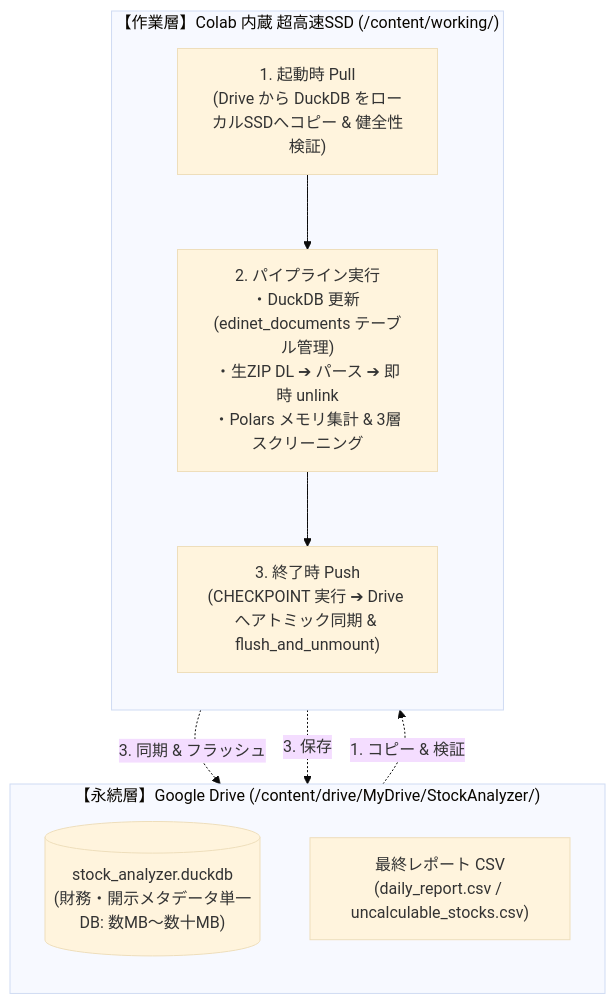
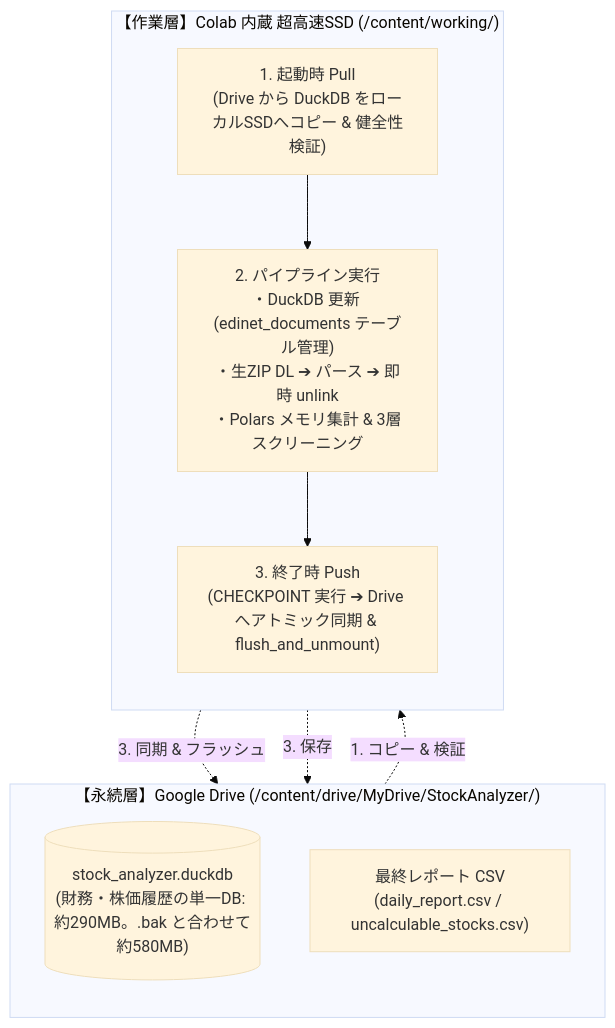
The first of 2 diagrams in docs/designs/colab_execution_architecture_and_guide_design.md (akkyey/stock-analyzer-core), drawn with Mermaid (base theme) before and after one commit. The commit also changed other lines of this file and 9 other files, not shown here.

````diff
--- a/docs/designs/colab_execution_architecture_and_guide_design.md
+++ b/docs/designs/colab_execution_architecture_and_guide_design.md
@@ -47,20 +47,20 @@
 ```mermaid
 flowchart TD
     subgraph Persistent_Layer ["【永続層】Google Drive (/content/drive/MyDrive/StockAnalyzer/)"]
         direction TB
-        P_DB[("stock_analyzer.duckdb<br>(財務・開示メタデータ単一DB: 数MB〜数十MB)")]
+        P_DB[("stock_analyzer.duckdb<br>(財務・株価履歴の単一DB: 約290MB。.bak と合わせて約580MB)")]
         P_Out["最終レポート CSV<br>(daily_report.csv / uncalculable_stocks.csv)"]
     end
 
     subgraph Working_Layer ["【作業層】Colab 内蔵 超高速SSD (/content/working/)"]
         direction TB
         W_Pull["1. 起動時 Pull<br>(Drive から DuckDB をローカルSSDへコピー & 健全性検証)"]
         W_Exec["2. パイプライン実行<br>・DuckDB 更新 (edinet_documents テーブル管理)<br>・生ZIP DL ➔ パース ➔ 即時 unlink<br>・Polars メモリ集計 & 3層スクリーニング"]
         W_Push["3. 終了時 Push<br>(CHECKPOINT 実行 ➔ Drive へアトミック同期 & flush_and_unmount)"]
         W_Pull --> W_Exec --> W_Push
     end
 
     P_DB -.->|1. コピー & 検証| W_Pull
     W_Push -.->|3. 同期 & フラッシュ| P_DB
     W_Push -.->|3. 保存| P_Out
 ```
````
